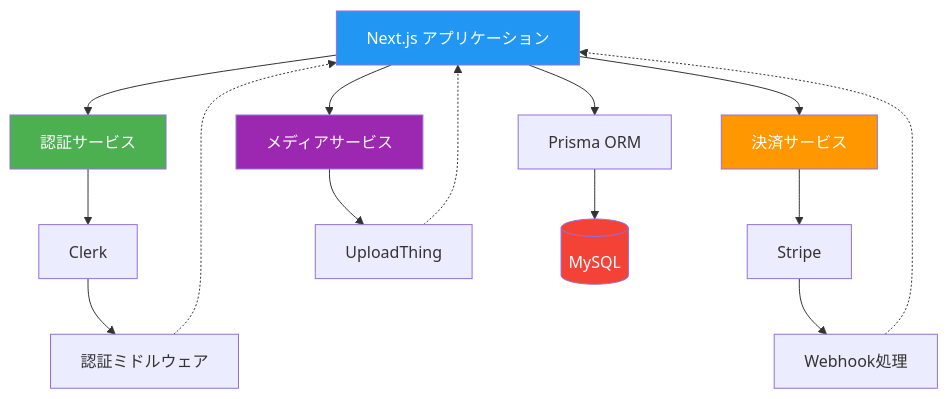
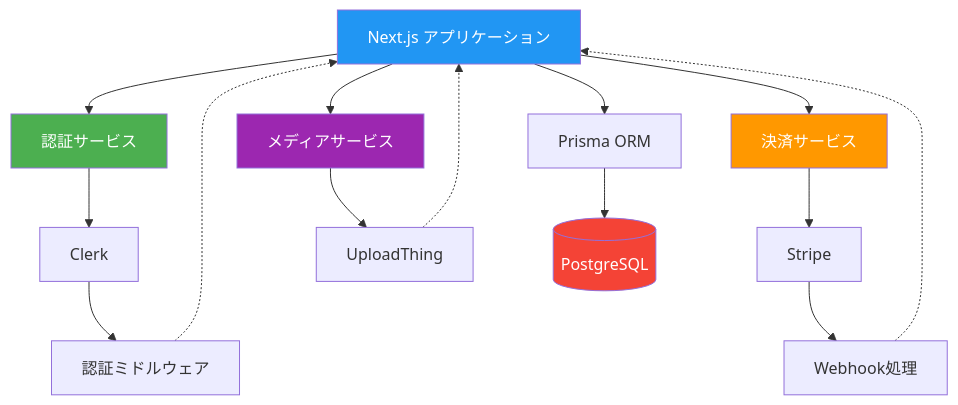
The seventh of 14 diagrams in README.md (myoshi2891/Multi-Vendor-E-Commerce), drawn with Mermaid before and after one commit. The commit also changed other lines of this file and 11 other files, not shown here.

First line of the commit message:
docs: update all documentation to reflect PostgreSQL migration completion

````diff
--- a/README.md
+++ b/README.md
@@ -404,49 +404,49 @@
 ```mermaid
 graph TB
     %% メインアプリケーション
     APP[Next.js アプリケーション]
     
     %% 認証サービス
     AUTH_SERVICE[認証サービス]
     CLERK[Clerk]
     AUTH_MIDDLEWARE[認証ミドルウェア]
     
     %% 決済サービス
     PAYMENT_SERVICE[決済サービス]
     STRIPE[Stripe]
     WEBHOOK[Webhook処理]
     
     %% メディアサービス
     MEDIA_SERVICE[メディアサービス]
     UPLOADTHING[UploadThing]
     
     %% データベース
-    DATABASE[(MySQL)]
+    DATABASE[(PostgreSQL)]
     PRISMA[Prisma ORM]
     
     %% 外部API統合
     APP --> AUTH_SERVICE
     AUTH_SERVICE --> CLERK
     CLERK --> AUTH_MIDDLEWARE
     
     APP --> PAYMENT_SERVICE
     PAYMENT_SERVICE --> STRIPE
     STRIPE --> WEBHOOK
     
     APP --> MEDIA_SERVICE
     MEDIA_SERVICE --> UPLOADTHING
     
     APP --> PRISMA
     PRISMA --> DATABASE
     
     %% データフロー
     AUTH_MIDDLEWARE -.-> APP
     WEBHOOK -.-> APP
     UPLOADTHING -.-> APP
     
     style APP fill:#2196F3,color:#fff
     style AUTH_SERVICE fill:#4CAF50,color:#fff
     style PAYMENT_SERVICE fill:#FF9800,color:#fff
     style MEDIA_SERVICE fill:#9C27B0,color:#fff
     style DATABASE fill:#F44336,color:#fff
 ```
````
